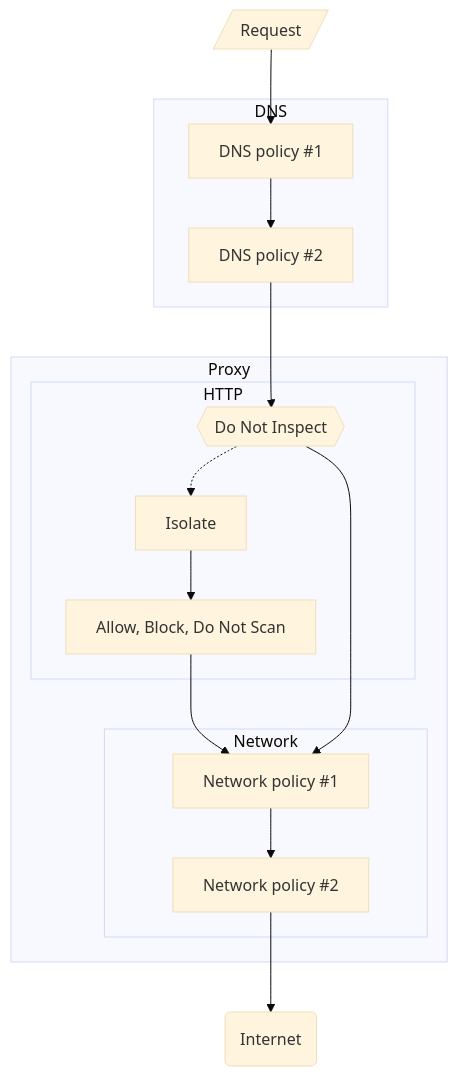
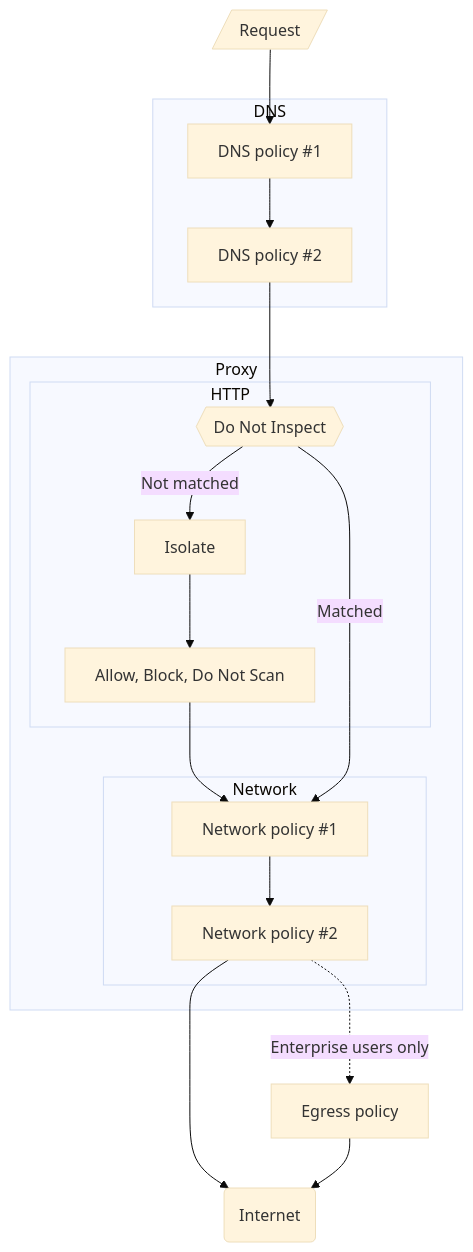
One commit to cloudflare/cloudflare-docs changed the diagram in content/cloudflare-one/policies/gateway/order-of-enforcement.md. Above: the diagram before and after it, drawn with Mermaid (base theme).

Commit message:
Add egress policy

````diff
--- a/content/cloudflare-one/policies/gateway/order-of-enforcement.md
+++ b/content/cloudflare-one/policies/gateway/order-of-enforcement.md
@@ -11,32 +11,37 @@
 ```mermaid
 flowchart TB
     %% In with user request
     start[/"Request"/]-->a1
 
     %% DNS policies
     subgraph DNS
     a1["DNS policy #1"]-->a2["DNS policy #2"]
     end
     a2-->b1
 
     %% Proxied by Gateway
     subgraph Proxy
 
     %% HTTP policies
     subgraph HTTP
     b1{{"Do Not Inspect"}}
-    b1-.->b2["Isolate"]
+    b1--Not matched-->b2["Isolate"]
     b2-->b3["Allow, Block, Do Not Scan"]
     end
 
     %% Network policies
     subgraph Network
     b3-->c1["Network policy #1"]
-    b1-->c1
+    b1--Matched-->c1
     c1-->c2["Network policy #2"]
     end
     end
 
-    %% Out to Internet
-    c2-->finish(Internet)
+    %% Egress
+    c2-.Enterprise users only.->d1[Egress policy]
+
+
+    %% Finish
+    c2-->finish(Internet) 
+    d1-->finish
 ```
````
